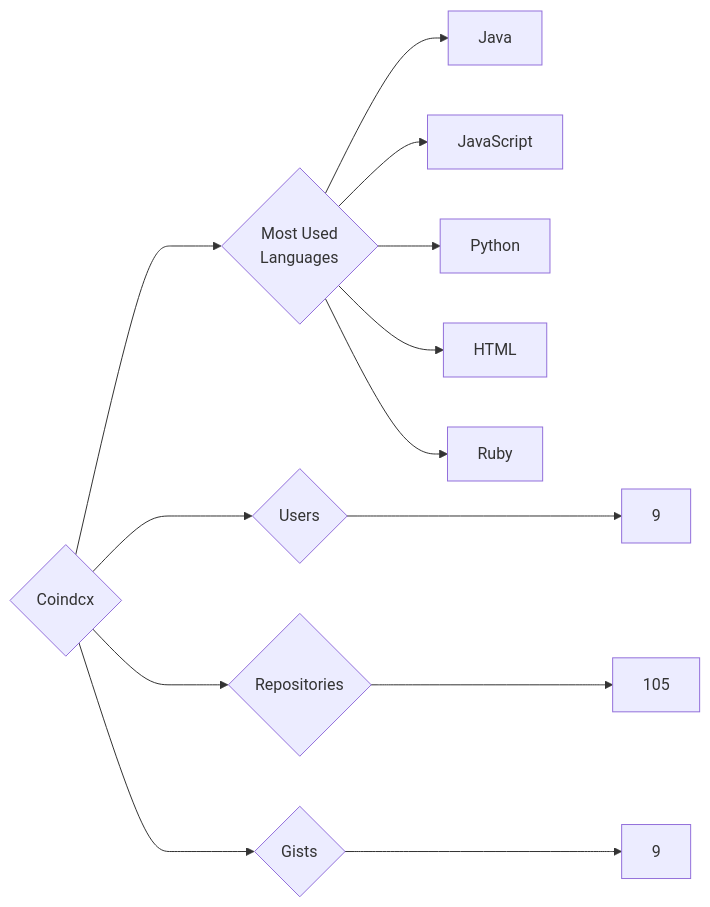
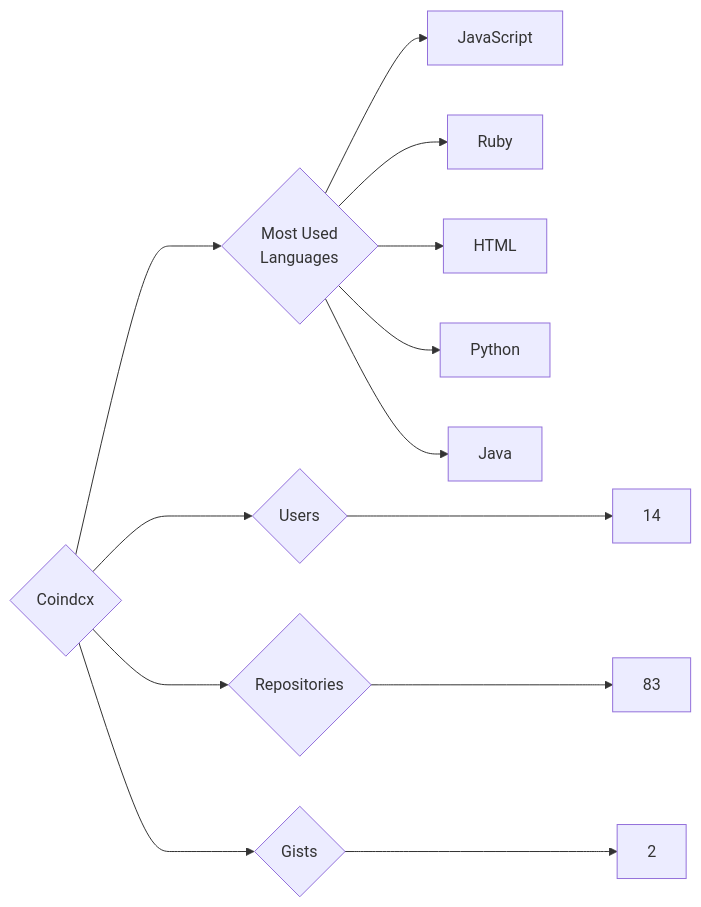
Before and after one commit to trickest/insiders: the diagram in targets/Coindcx/README.md, drawn with Mermaid. The commit also changed 860 other files, not shown here.

````diff
--- a/targets/Coindcx/README.md
+++ b/targets/Coindcx/README.md
@@ -3,13 +3,13 @@
 ```mermaid
 graph LR
 COMPANY_NAME{Coindcx}
-COMPANY_NAME ---> U{Users} ---> UN[9]
-COMPANY_NAME ---> R{Repositories} ---> RN[105]
-COMPANY_NAME ---> G{Gists} ---> GN[9]
+COMPANY_NAME ---> U{Users} ---> UN[14]
+COMPANY_NAME ---> R{Repositories} ---> RN[83]
+COMPANY_NAME ---> G{Gists} ---> GN[2]
 COMPANY_NAME ---> ML{Most Used<br>Languages}
+ML --> JavaScript[JavaScript]
+ML --> Ruby[Ruby]
+ML --> HTML[HTML]
+ML --> Python[Python]
 ML --> Java[Java]
-ML --> JavaScript[JavaScript]
-ML --> Python[Python]
-ML --> HTML[HTML]
-ML --> Ruby[Ruby]
 ```
````
